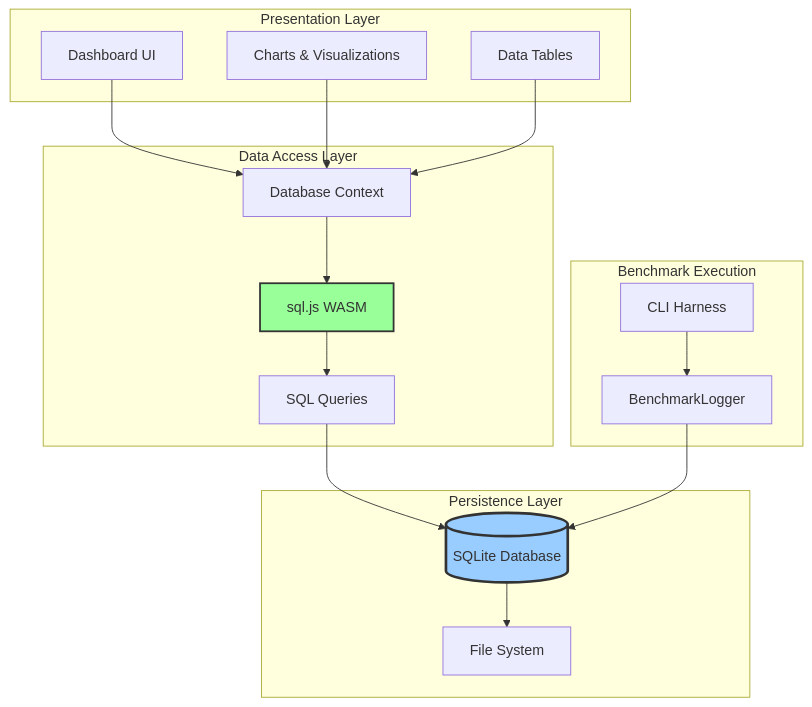
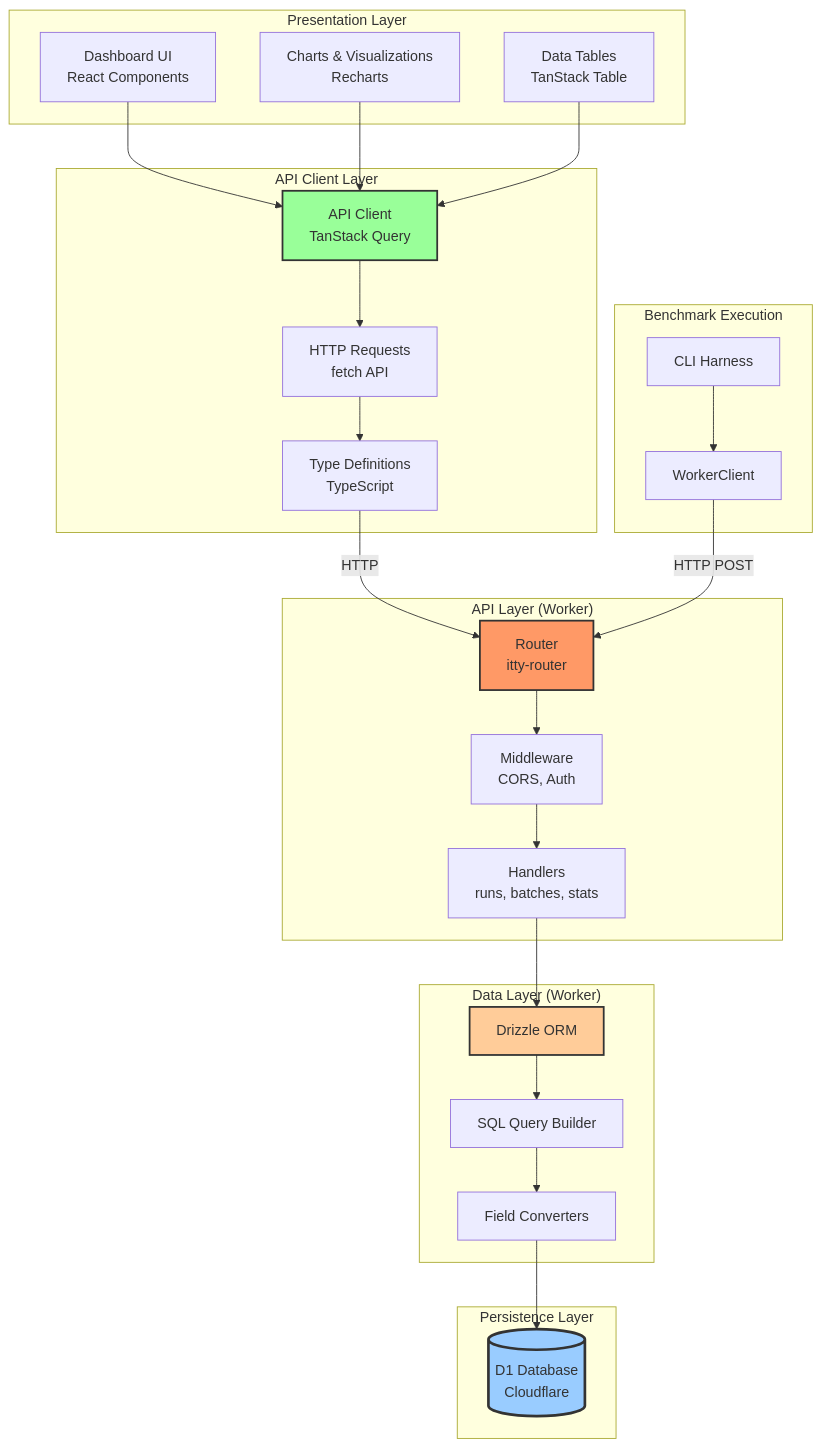
Before and after one commit to ZephyrCloudIO/ze-benchmarks: the third of 19 diagrams in ARCHITECTURE.md, drawn with Mermaid. The commit also changed other lines of this file and 15 other files, not shown here.

````diff
--- a/ARCHITECTURE.md
+++ b/ARCHITECTURE.md
@@ -133,38 +134,57 @@
 ```mermaid
 graph TB
     subgraph "Presentation Layer"
-        A1[Dashboard UI]
-        A2[Charts & Visualizations]
-        A3[Data Tables]
+        A1[Dashboard UI<br/>React Components]
+        A2[Charts & Visualizations<br/>Recharts]
+        A3[Data Tables<br/>TanStack Table]
     end
 
-    subgraph "Data Access Layer"
-        B1[Database Context]
-        B2[sql.js WASM]
-        B3[SQL Queries]
+    subgraph "API Client Layer"
+        B1[API Client<br/>TanStack Query]
+        B2[HTTP Requests<br/>fetch API]
+        B3[Type Definitions<br/>TypeScript]
+    end
+
+    subgraph "API Layer (Worker)"
+        C1[Router<br/>itty-router]
+        C2[Middleware<br/>CORS, Auth]
+        C3[Handlers<br/>runs, batches, stats]
+    end
+
+    subgraph "Data Layer (Worker)"
+        D1[Drizzle ORM]
+        D2[SQL Query Builder]
+        D3[Field Converters]
     end
 
     subgraph "Persistence Layer"
-        C1[(SQLite Database)]
-        C2[File System]
+        E1[(D1 Database<br/>Cloudflare)]
     end
 
     subgraph "Benchmark Execution"
-        D1[CLI Harness]
-        D2[BenchmarkLogger]
+        F1[CLI Harness]
+        F2[WorkerClient]
     end
 
     A1 --> B1
     A2 --> B1
     A3 --> B1
     B1 --> B2
     B2 --> B3
-    B3 --> C1
+    B3 -->|HTTP| C1
+
     C1 --> C2
-    
+    C2 --> C3
+    C3 --> D1
     D1 --> D2
-    D2 --> C1
+    D2 --> D3
+    D3 --> E1
 
-    style B2 fill:#9f9,stroke:#333,stroke-width:2px
-    style C1 fill:#9cf,stroke:#333,stroke-width:3px
+    F1 --> F2
+    F2 -->|HTTP POST| C1
+
+    style B1 fill:#9f9,stroke:#333,stroke-width:2px
+    style C1 fill:#f96,stroke:#333,stroke-width:2px
+    style D1 fill:#fc9,stroke:#333,stroke-width:2px
+    style E1 fill:#9cf,stroke:#333,stroke-width:3px
 ```
````
